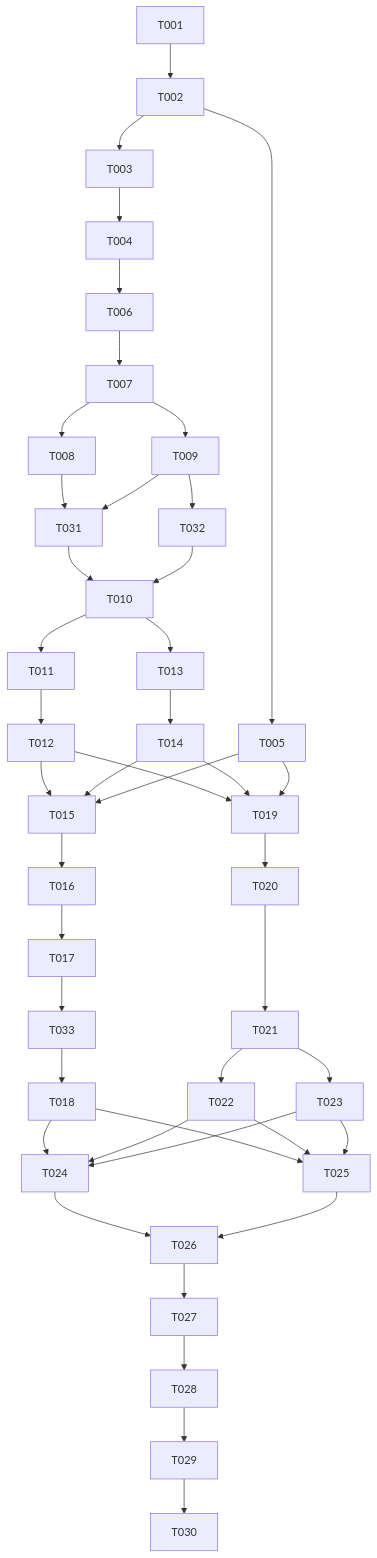
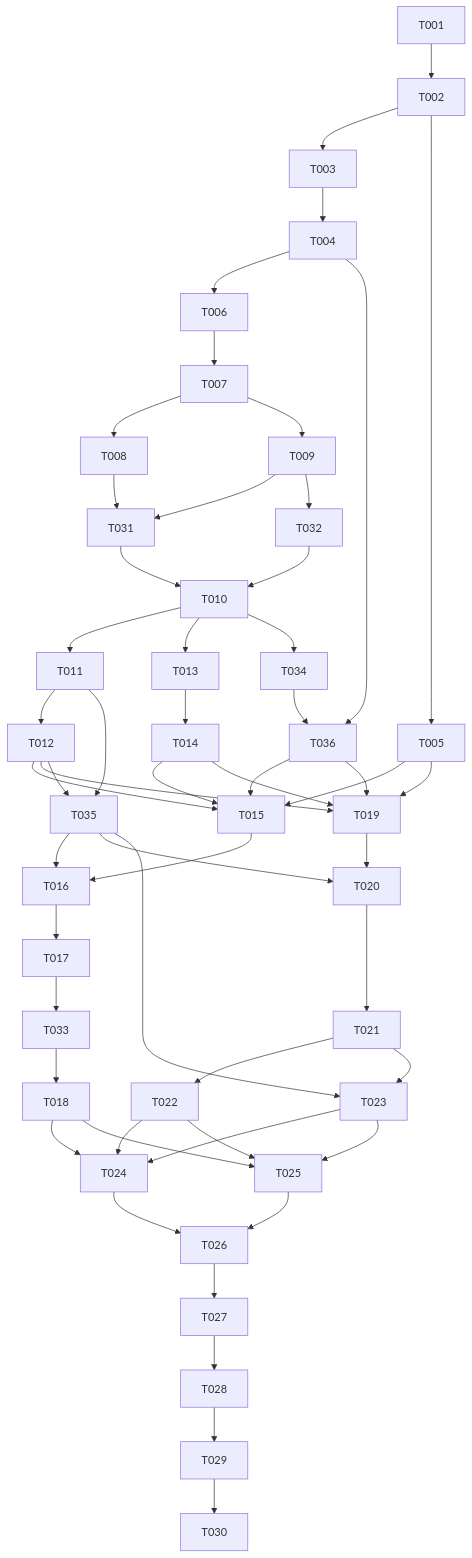
The diagram in docs/tasks/2026-10-13-001-feat-multi-agent-team-tasks.md (ronronner02/multi-agent), drawn with Mermaid before and after one commit. The commit also changed other lines of this file and 3 other files, not shown here.

````diff
--- a/docs/tasks/2026-10-13-001-feat-multi-agent-team-tasks.md
+++ b/docs/tasks/2026-10-13-001-feat-multi-agent-team-tasks.md
@@ -114,34 +118,43 @@
 ```mermaid
 flowchart TD
   T001 --> T002
   T002 --> T003 --> T004 --> T006 --> T007
   T002 --> T005
   T007 --> T008
   T007 --> T009
   T008 --> T031
   T009 --> T031
   T009 --> T032
   T031 --> T010
   T032 --> T010
   T010 --> T011 --> T012
   T010 --> T013 --> T014
   T012 --> T015
   T014 --> T015
   T005 --> T015
   T015 --> T016 --> T017 --> T033 --> T018
   T012 --> T019
   T014 --> T019
   T005 --> T019
   T019 --> T020 --> T021
   T021 --> T022
   T021 --> T023
   T018 --> T024
   T022 --> T024
   T023 --> T024
   T018 --> T025
   T022 --> T025
   T023 --> T025
   T024 --> T026
   T025 --> T026
+  T010 --> T034 --> T036
+  T004 --> T036
+  T036 --> T015
+  T036 --> T019
+  T011 --> T035
+  T012 --> T035
+  T035 --> T016
+  T035 --> T020
+  T035 --> T023
   T026 --> T027 --> T028 --> T029 --> T030
 ```
````
